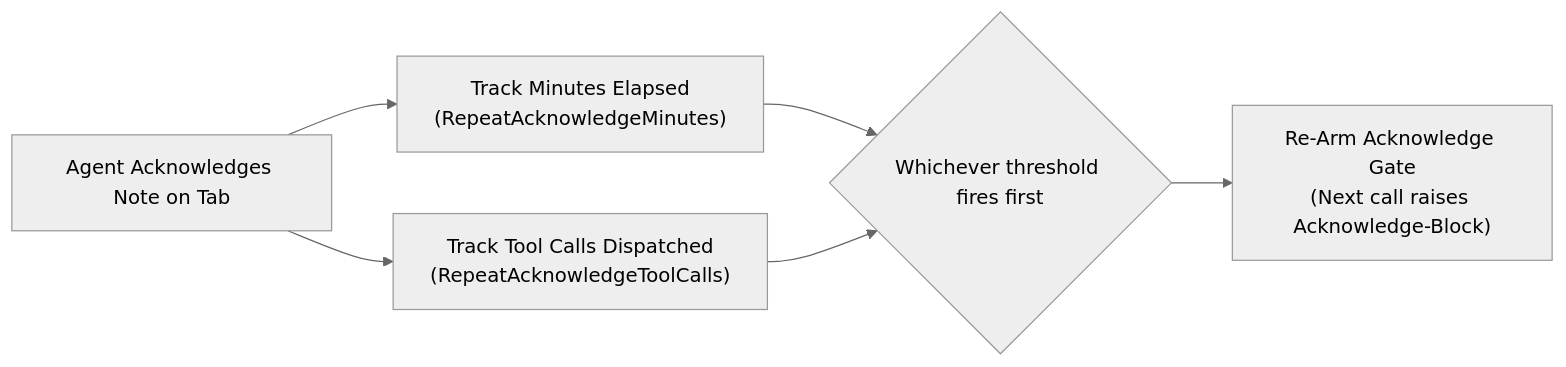
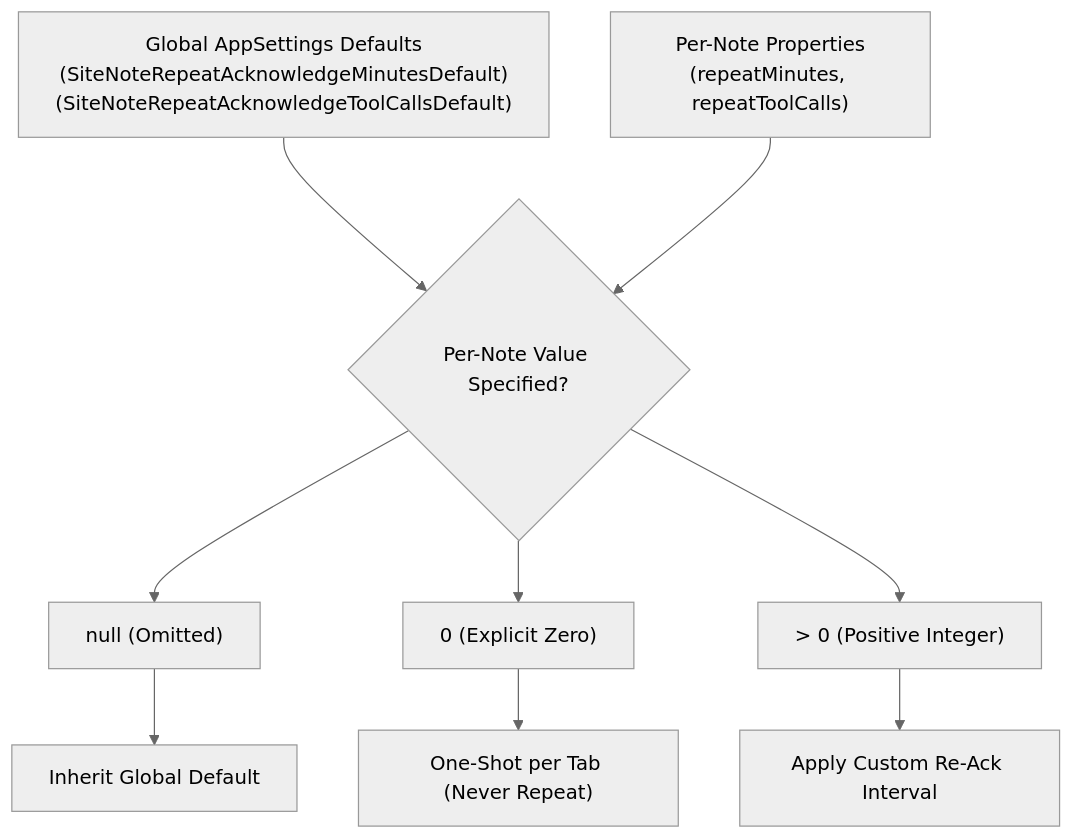
The seventh of 7 diagrams in docs/core-features/learning/domain-notes/scoping-normalization-and-repeat-policies.md (joelaniol/nova), drawn with Mermaid (neutral theme) before and after one commit. The commit also changed other lines of this file and 3 other files, not shown here.

````diff
--- a/docs/core-features/learning/domain-notes/scoping-normalization-and-repeat-policies.md
+++ b/docs/core-features/learning/domain-notes/scoping-normalization-and-repeat-policies.md
@@ -103,11 +299,16 @@
 ```mermaid
-flowchart LR
-    Ack["Agent Acknowledges Note on Tab"]
-    Timer["Track Minutes Elapsed<br/>(RepeatAcknowledgeMinutes)"]
-    Counter["Track Tool Calls Dispatched<br/>(RepeatAcknowledgeToolCalls)"]
+flowchart TD
+    GlobalSettings["Global AppSettings Defaults<br/>(SiteNoteRepeatAcknowledgeMinutesDefault)<br/>(SiteNoteRepeatAcknowledgeToolCallsDefault)"]
+    PerNoteSettings["Per-Note Properties<br/>(repeatMinutes, repeatToolCalls)"]
     
-    Check{"Whichever threshold fires first"}
-    ReArm["Re-Arm Acknowledge Gate<br/>(Next call raises Acknowledge-Block)"]
+    Eval{"Per-Note Value Specified?"}
+    NullVal["null (Omitted)"]
+    ZeroVal["0 (Explicit Zero)"]
+    PosVal["> 0 (Positive Integer)"]
 
-    Ack --> Timer & Counter --> Check --> ReArm
+    GlobalSettings --> Eval
+    PerNoteSettings --> Eval
+    Eval --> NullVal --> Inherit["Inherit Global Default"]
+    Eval --> ZeroVal --> OneShot["One-Shot per Tab (Never Repeat)"]
+    Eval --> PosVal --> Custom["Apply Custom Re-Ack Interval"]
 ```
````
